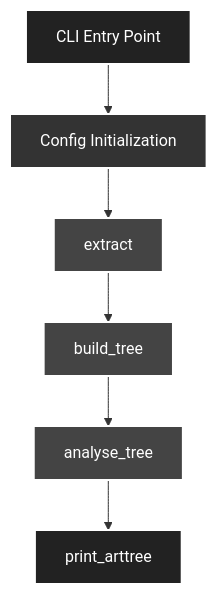
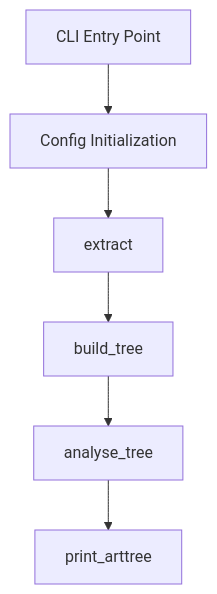
The diagram in docs/INTERNALS.md (flyvercity/syntagmax), drawn with Mermaid before and after one commit. The commit also changed 6 other files, not shown here.

````diff
--- a/docs/INTERNALS.md
+++ b/docs/INTERNALS.md
@@ -29,14 +29,8 @@
 ```mermaid
 flowchart TD
     A[CLI Entry Point] --> B[Config Initialization]
     B --> C[extract]
     C --> D[build_tree]
     D --> E[analyse_tree]
     E --> F[print_arttree]
-    style A fill:#222,stroke:#fff,stroke-width:2px,color:#fff
-    style B fill:#333,stroke:#fff,stroke-width:2px,color:#fff
-    style C fill:#444,stroke:#fff,stroke-width:2px,color:#fff
-    style D fill:#444,stroke:#fff,stroke-width:2px,color:#fff
-    style E fill:#444,stroke:#fff,stroke-width:2px,color:#fff
-    style F fill:#222,stroke:#fff,stroke-width:2px,color:#fff
 ```
````
